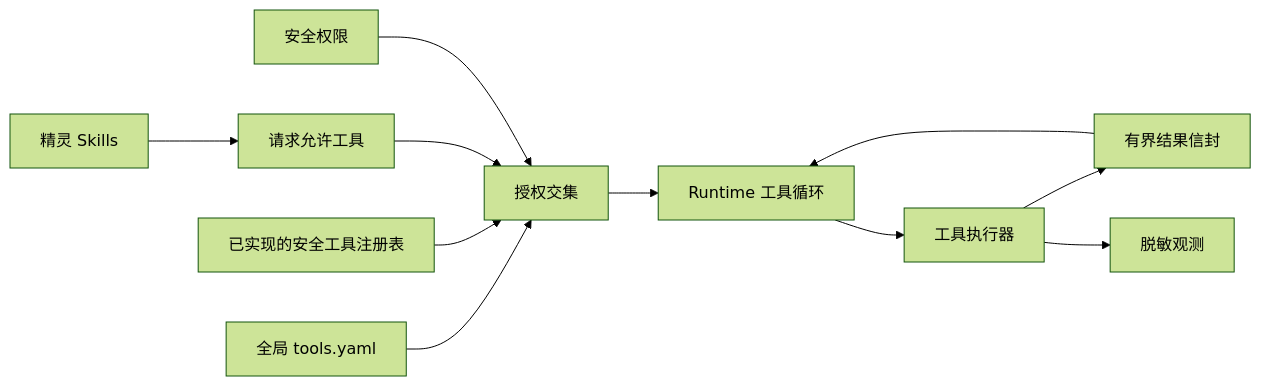
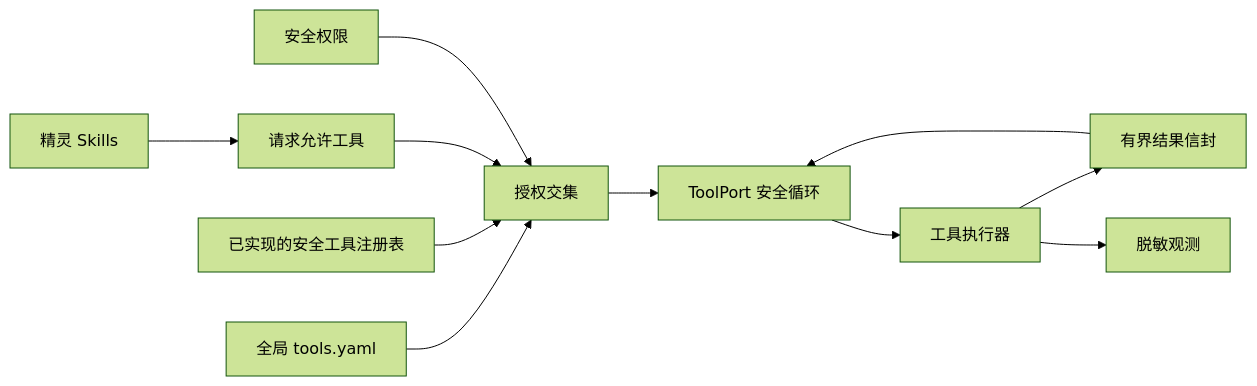
One commit to elfie-univ/ElfieNest changed the second of 2 diagrams in docs/zh/developer/contracts/ai-runtime.md. Above: the diagram before and after it, drawn with Mermaid (forest theme). The commit also changed other lines of this file and 33 other files, not shown here.

Commit message:
docs(architecture): define Elfie internal contract

````diff
--- a/docs/zh/developer/contracts/ai-runtime.md
+++ b/docs/zh/developer/contracts/ai-runtime.md
@@ -354,13 +354,13 @@
 ```mermaid
 flowchart LR
   SK["精灵 Skills"] --> AL["请求允许工具"]
   GC["全局 tools.yaml"] --> IX["授权交集"]
   IR["已实现的安全工具注册表"] --> IX
   AL --> IX
   PM["安全权限"] --> IX
-  IX --> TL["Runtime 工具循环"]
+  IX --> TL["ToolPort 安全循环"]
   TL --> EX["工具执行器"]
   EX --> BD["有界结果信封"]
   BD --> TL
   EX --> OB["脱敏观测"]
 ```
````
